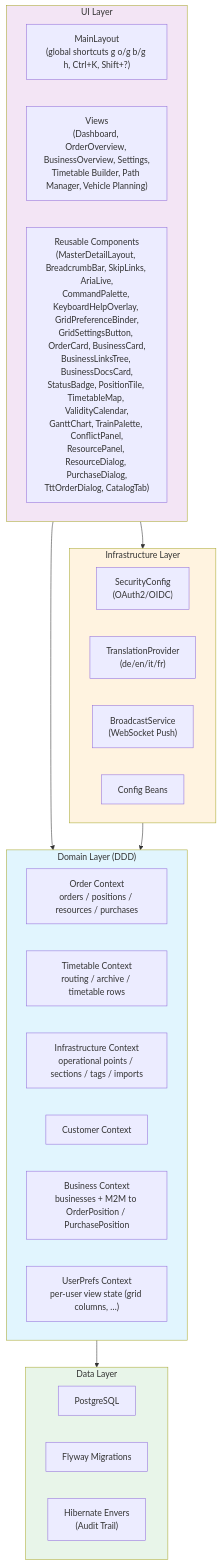
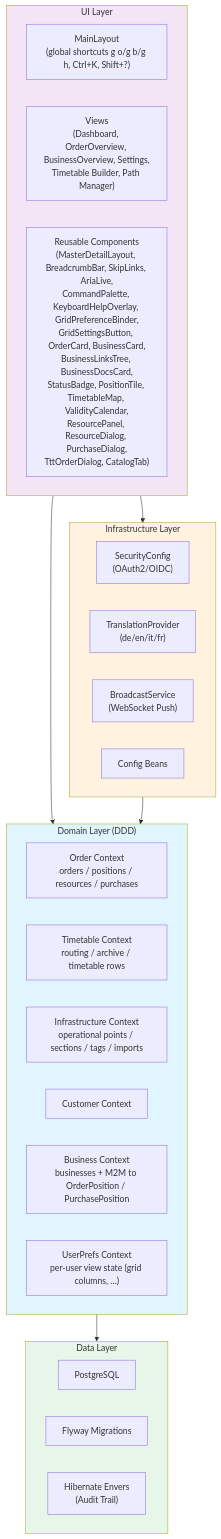
The second of 10 diagrams in docs/ARCHITECTURE.md (kron12345/railway-order-mgmt), drawn with Mermaid before and after one commit. The commit also changed other lines of this file and 118 other files, not shown here.

````diff
--- a/docs/ARCHITECTURE.md
+++ b/docs/ARCHITECTURE.md
@@ -16,40 +16,40 @@
 ```mermaid
 graph TB
     subgraph UI["UI Layer"]
         Layout["MainLayout<br/>(global shortcuts g o/g b/g h, Ctrl+K, Shift+?)"]
-        Views["Views<br/>(Dashboard, OrderOverview, BusinessOverview, Settings,<br/>Timetable Builder, Path Manager, Vehicle Planning)"]
-        Components["Reusable Components<br/>(MasterDetailLayout, BreadcrumbBar, SkipLinks, AriaLive,<br/>CommandPalette, KeyboardHelpOverlay, GridPreferenceBinder,<br/>GridSettingsButton, OrderCard, BusinessCard,<br/>BusinessLinksTree, BusinessDocsCard,<br/>StatusBadge, PositionTile, TimetableMap, ValidityCalendar,<br/>GanttChart, TrainPalette, ConflictPanel,<br/>ResourcePanel, ResourceDialog, PurchaseDialog,<br/>TttOrderDialog, CatalogTab)"]
+        Views["Views<br/>(Dashboard, OrderOverview, BusinessOverview, Settings,<br/>Timetable Builder, Path Manager)"]
+        Components["Reusable Components<br/>(MasterDetailLayout, BreadcrumbBar, SkipLinks, AriaLive,<br/>CommandPalette, KeyboardHelpOverlay, GridPreferenceBinder,<br/>GridSettingsButton, OrderCard, BusinessCard,<br/>BusinessLinksTree, BusinessDocsCard,<br/>StatusBadge, PositionTile, TimetableMap, ValidityCalendar,<br/>ResourcePanel, ResourceDialog, PurchaseDialog,<br/>TttOrderDialog, CatalogTab)"]
     end
 
     subgraph Domain["Domain Layer (DDD)"]
         Order["Order Context<br/>orders / positions / resources / purchases"]
         Timetable["Timetable Context<br/>routing / archive / timetable rows"]
         InfraDomain["Infrastructure Context<br/>operational points / sections / tags / imports"]
         Customer["Customer Context"]
         Business["Business Context<br/>businesses + M2M to OrderPosition / PurchasePosition"]
         UserPrefs["UserPrefs Context<br/>per-user view state (grid columns, …)"]
     end
 
     subgraph Infra["Infrastructure Layer"]
         Security["SecurityConfig<br/>(OAuth2/OIDC)"]
         I18n["TranslationProvider<br/>(de/en/it/fr)"]
         Push["BroadcastService<br/>(WebSocket Push)"]
         Config["Config Beans"]
     end
 
     subgraph Data["Data Layer"]
         DB2["PostgreSQL"]
         Flyway["Flyway Migrations"]
         Envers["Hibernate Envers<br/>(Audit Trail)"]
     end
 
     UI --> Domain
     UI --> Infra
     Infra --> Domain
     Domain --> Data
 
     style Domain fill:#e1f5fe
     style UI fill:#f3e5f5
     style Infra fill:#fff3e0
     style Data fill:#e8f5e9
 ```
````
